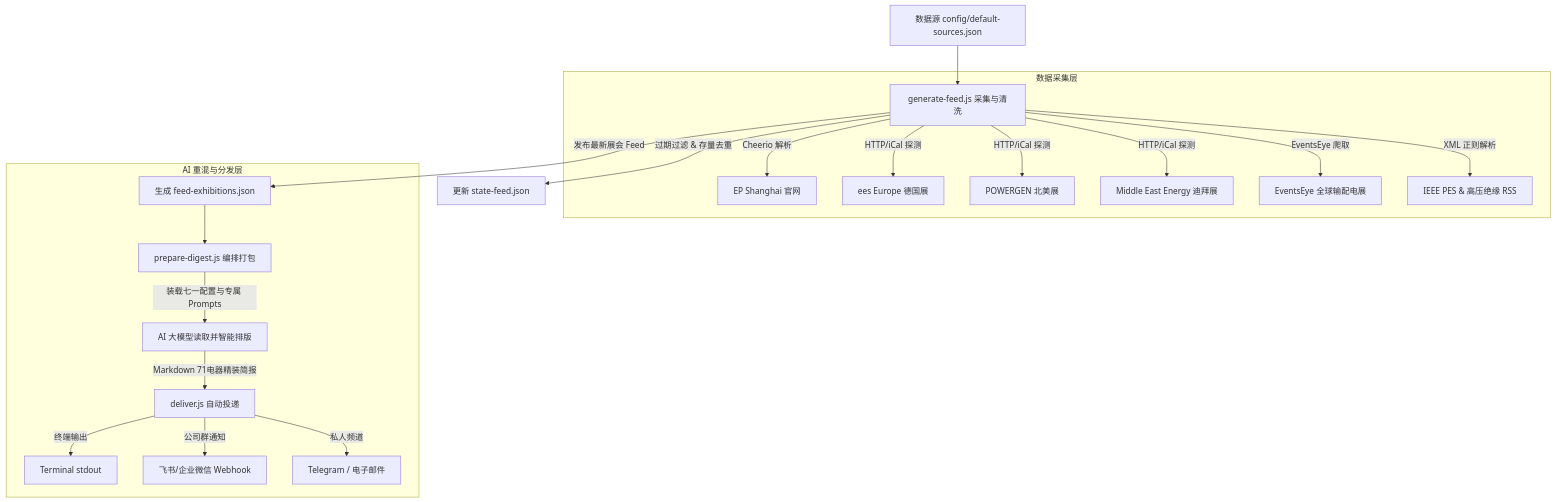
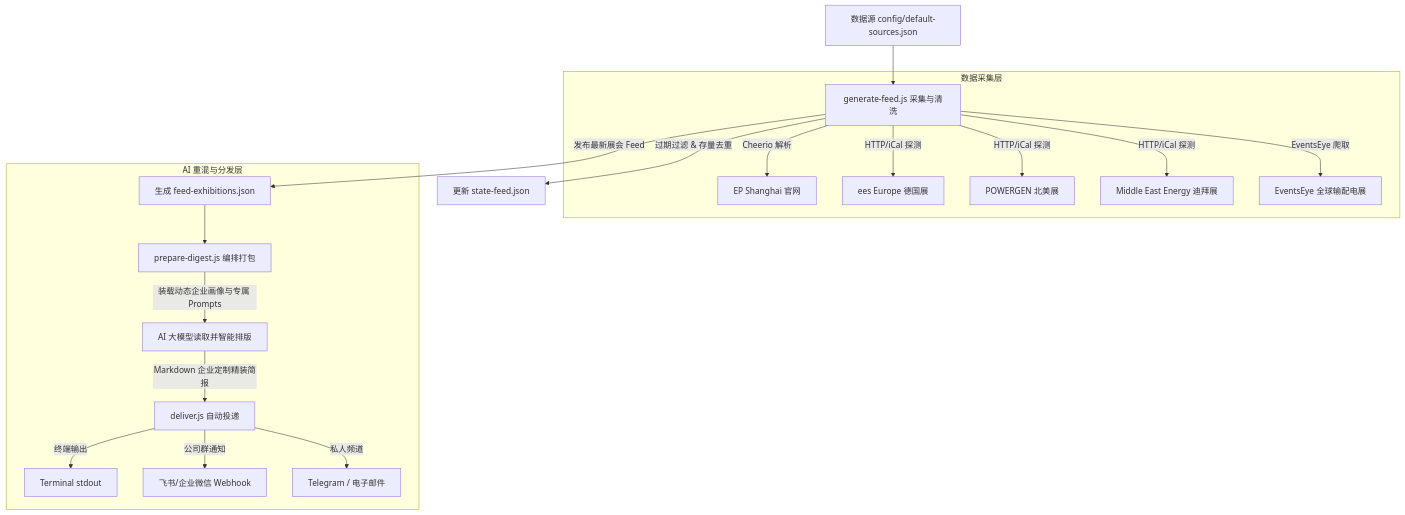
The diagram in README.md (letitbe95/power-expo-tracker), drawn with Mermaid before and after one commit. The commit also changed other lines of this file and 2 other files, not shown here.

````diff
--- a/README.md
+++ b/README.md
@@ -15,25 +15,24 @@
 ```mermaid
 graph TD
     A[数据源 config/default-sources.json] --> B[generate-feed.js 采集与清洗]
     
     subgraph 数据采集层
         B -->|Cheerio 解析| C[EP Shanghai 官网]
         B -->|HTTP/iCal 探测| D[ees Europe 德国展]
         B -->|HTTP/iCal 探测| E[POWERGEN 北美展]
         B -->|HTTP/iCal 探测| F[Middle East Energy 迪拜展]
         B -->|EventsEye 爬取| G[EventsEye 全球输配电展]
-        B -->|XML 正则解析| H[IEEE PES & 高压绝缘 RSS]
     end
     
     B -->|过期过滤 & 存量去重| I[更新 state-feed.json]
     B -->|发布最新展会 Feed| J[生成 feed-exhibitions.json]
     
     subgraph AI 重混与分发层
         J --> K[prepare-digest.js 编排打包]
-        K -->|装载七一配置与专属 Prompts| L[AI 大模型读取并智能排版]
-        L -->|Markdown 71电器精装简报| M[deliver.js 自动投递]
+        K -->|装载动态企业画像与专属 Prompts| L[AI 大模型读取并智能排版]
+        L -->|Markdown 企业定制精装简报| M[deliver.js 自动投递]
         M -->|终端输出| N[Terminal stdout]
         M -->|公司群通知| O[飞书/企业微信 Webhook]
         M -->|私人频道| P[Telegram / 电子邮件]
     end
 ```
````
